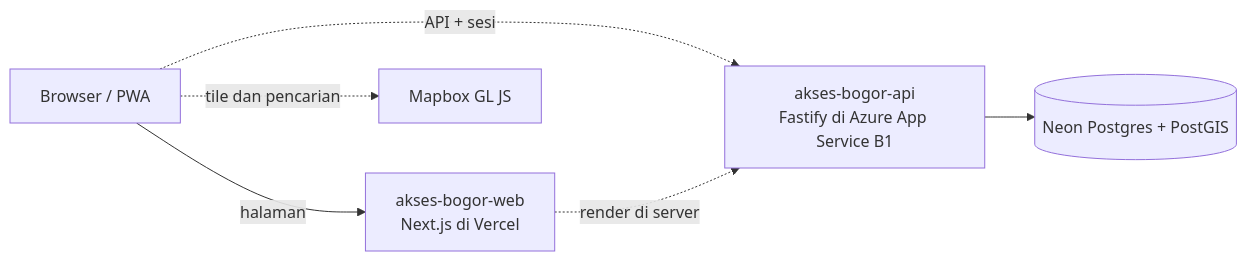
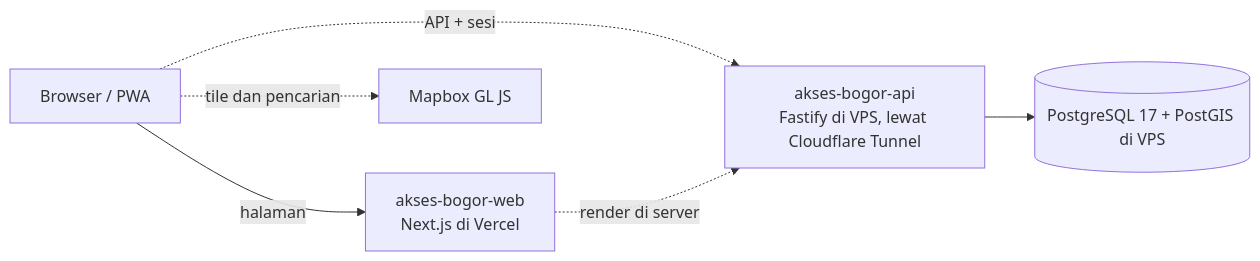
One commit to al-dioooo/akses-bogor-web changed the diagram in docs/arsitektur.md. Above: the diagram before and after it, drawn with Mermaid. The commit also changed other lines of this file, not shown here.

Commit message:
docs(arsitektur): show the api and postgresql on the vps (#7)

````diff
--- a/docs/arsitektur.md
+++ b/docs/arsitektur.md
@@ -5,8 +5,8 @@
 ```mermaid
 flowchart LR
   B[Browser / PWA] -->|halaman| W[akses-bogor-web<br/>Next.js di Vercel]
-  B -.->|API + sesi| F[akses-bogor-api<br/>Fastify di Azure App Service B1]
+  B -.->|API + sesi| F[akses-bogor-api<br/>Fastify di VPS, lewat Cloudflare Tunnel]
   W -.->|render di server| F
   B -.->|tile dan pencarian| M[Mapbox GL JS]
-  F --> DB[(Neon Postgres + PostGIS)]
+  F --> DB[(PostgreSQL 17 + PostGIS di VPS)]
 ```
````
